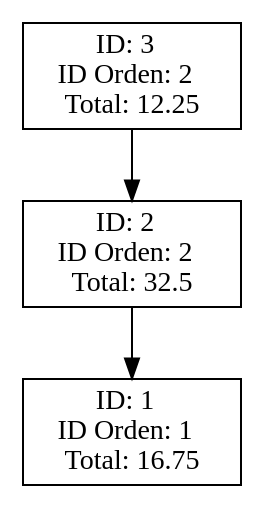
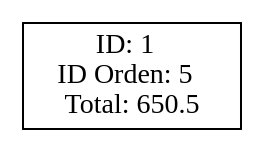
The diagram in Fase_1/AutoGestPro/Reportes/reporte_facturas.dot (0520Jose/-EDD-1S2025_202300539), drawn with Graphviz before and after one commit. The commit also changed 30 other files, not shown here.

```diff
--- a/Fase_1/AutoGestPro/Reportes/reporte_facturas.dot
+++ b/Fase_1/AutoGestPro/Reportes/reporte_facturas.dot
@@ -1,15 +1,7 @@
 digraph G {
 node [shape=rect];
 rankdir=TB;
-node3[label="ID: 3  
-ID Orden: 2  
-Total: 12.25", shape=rect];
-node3 -> node2;
-node2[label="ID: 2  
-ID Orden: 2  
-Total: 32.5", shape=rect];
-node2 -> node1;
 node1[label="ID: 1  
-ID Orden: 1  
-Total: 16.75", shape=rect];
+ID Orden: 5  
+Total: 650.5", shape=rect];
 }
```
